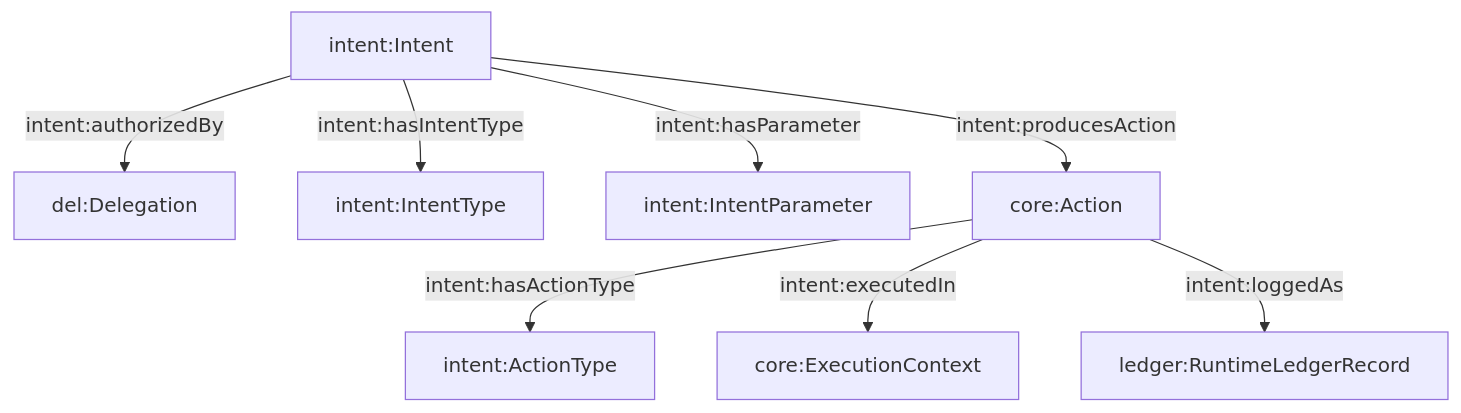
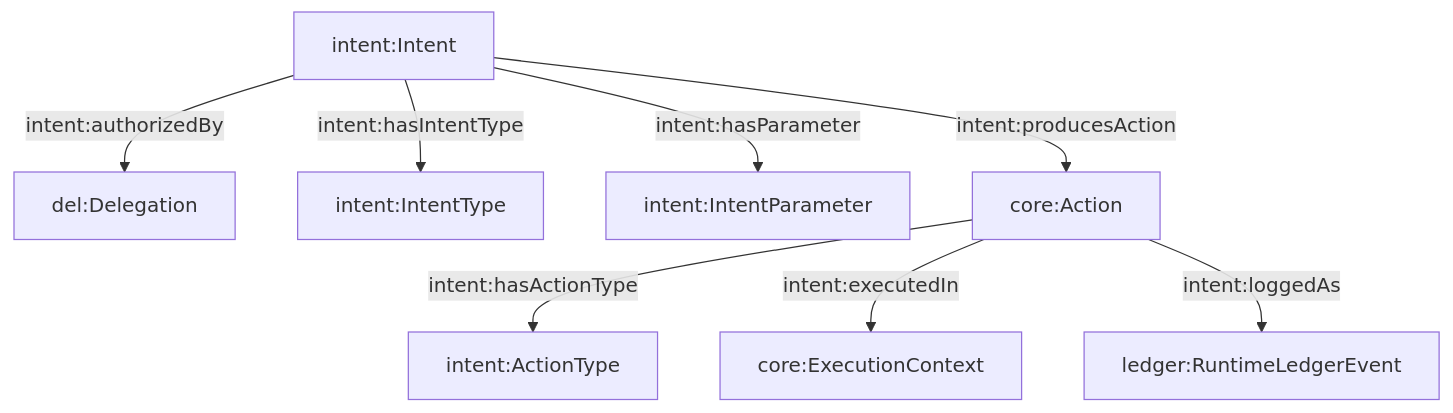
Before and after one commit to RichCanvas3/agent-ontology: the second of 2 diagrams in docs/intent.md, drawn with Mermaid. The commit also changed other lines of this file and 30 other files, not shown here.

````diff
--- a/docs/intent.md
+++ b/docs/intent.md
@@ -56,10 +52,10 @@
 ```mermaid
 graph TD
   I[intent:Intent] -->|intent:authorizedBy| D[del:Delegation]
   I -->|intent:hasIntentType| IT[intent:IntentType]
   I -->|intent:hasParameter| P[intent:IntentParameter]
   I -->|intent:producesAction| A[core:Action]
   A -->|intent:hasActionType| AT[intent:ActionType]
   A -->|intent:executedIn| EC[core:ExecutionContext]
-  A -->|intent:loggedAs| L[ledger:RuntimeLedgerRecord]
+  A -->|intent:loggedAs| L[ledger:RuntimeLedgerEvent]
 ```
````
